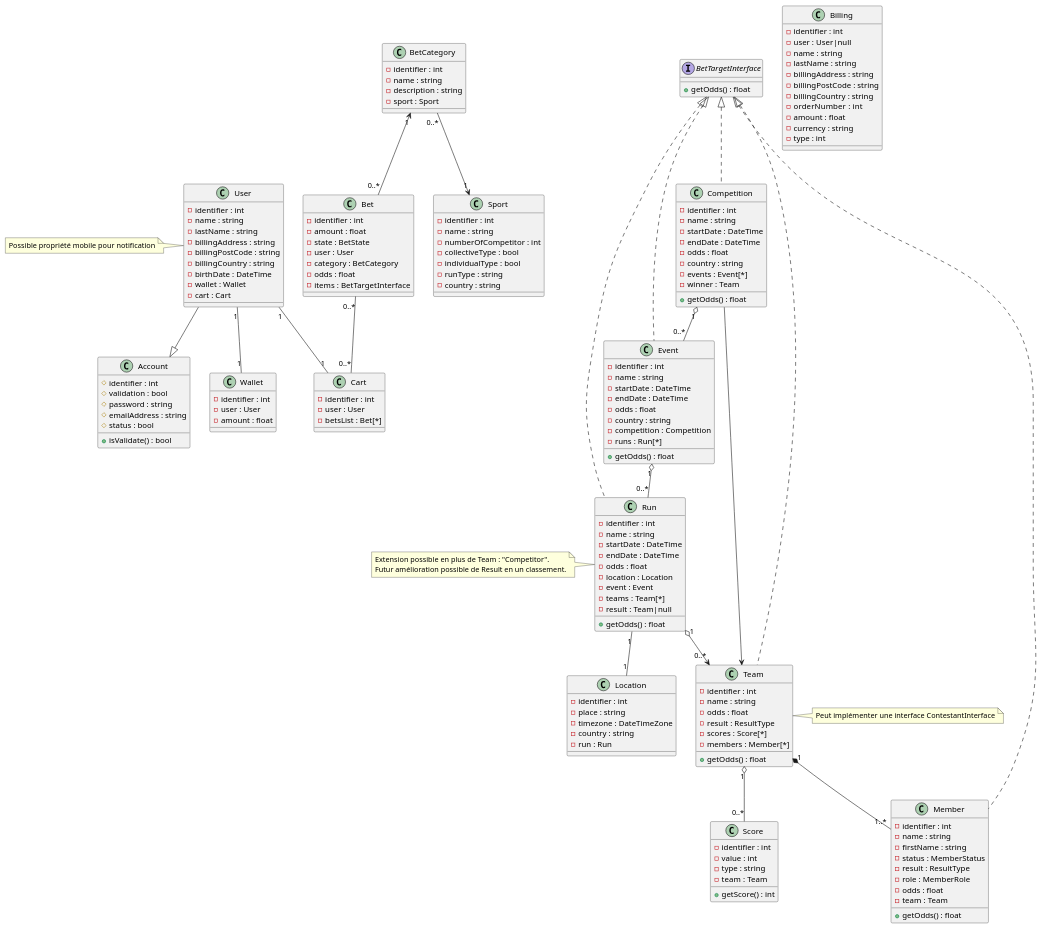
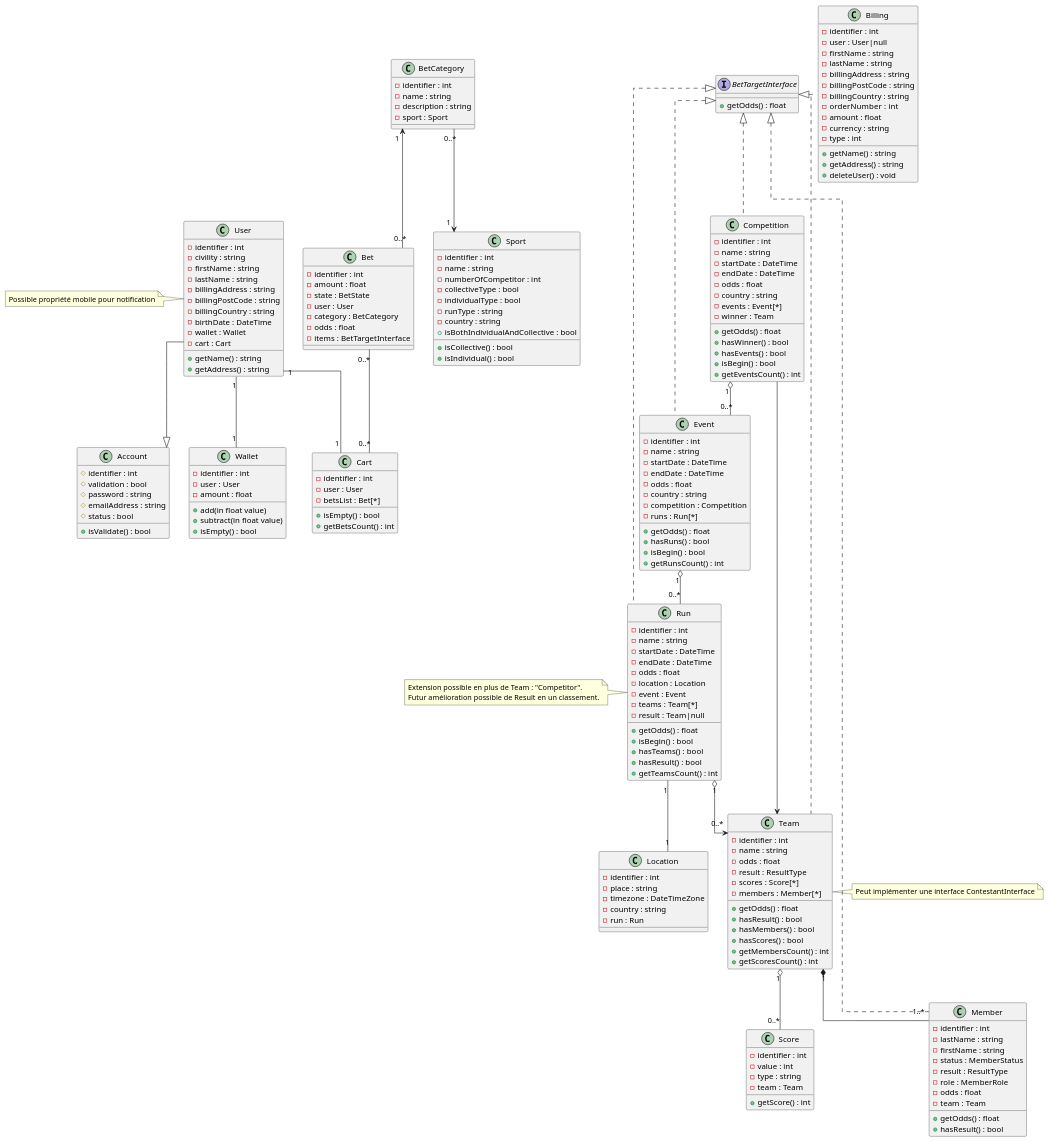
The diagram in Diagramme_de_classe.puml (OFP-CDA-Mulhouse-2020/parisportif5), drawn with PlantUML before and after one commit.

Commit message:
2020-11-12 - #2 - Ajout de méthodes au diagramme de classe

```diff
--- a/Diagramme_de_classe.puml
+++ b/Diagramme_de_classe.puml
@@ -1,5 +1,5 @@
 @startuml parisportif5
-
+skinparam linetype ortho
 'plantuml
 'Relations :
     User --|> Account
@@ -26,12 +26,17 @@
         -identifier : int
         -user : User
         -amount : float
+        +add(in float value)
+        +subtract(in float value)
+        +isEmpty() : bool
     }
     'Panier qui contient les paris sélectionnés
     class Cart {
         -identifier : int
         -user : User
         -betsList : Bet[*]
+        +isEmpty() : bool
+        +getBetsCount() : int
     }
     'interface de généralisation pour les classes autorisé à être parié
     interface BetTargetInterface {
@@ -49,7 +54,8 @@
     'Utilisateur avec un compte
     class User {
         -identifier : int
-        -name : string
+        -civility : string
+        -firstName : string
         -lastName : string
         -billingAddress : string
         -billingPostCode : string
@@ -57,13 +63,15 @@
         -birthDate : DateTime
         -wallet : Wallet
         -cart : Cart
+        +getName() : string
+        +getAddress() : string
     }
     note left : Possible propriété mobile pour notification
     'Factures (type=débit ou crédit)
     class Billing {
         -identifier : int
         -user : User|null
-        -name : string
+        -firstName : string
         -lastName : string
         -billingAddress : string
         -billingPostCode : string
@@ -72,6 +80,9 @@
         -amount : float
         -currency : string
         -type : int
+        +getName() : string
+        +getAddress() : string
+        +deleteUser() : void
     }
     'Un paris
     class Bet {
@@ -107,6 +118,9 @@
         -individualType : bool
         -runType : string
         -country : string
+        +isCollective() : bool
+        +isIndividual() : bool
+        +isBothIndividualAndCollective : bool
     }
     'Compétition (JO, Ligue des Champions, F1 Championnat du monde)
     class Competition {
@@ -119,6 +133,10 @@
         -events : Event[*]
         -winner : Team
         +getOdds() : float
+        +hasWinner() : bool
+        +hasEvents() : bool
+        +isBegin() : bool
+        +getEventsCount() : int
     }
     'Événement de la compétition (poul de qualification, Circuit F1 de france)
     class Event {
@@ -131,6 +149,9 @@
         -competition : Competition
         -runs : Run[*]
         +getOdds() : float
+        +hasRuns() : bool
+        +isBegin() : bool
+        +getRunsCount() : int
     }
     'Classe mère global : Un match, une rencontre, une course
     class Run {
@@ -144,6 +165,10 @@
         -teams : Team[*]
         -result : Team|null
         +getOdds() : float
+        +isBegin() : bool
+        +hasTeams() : bool
+        +hasResult() : bool
+        +getTeamsCount() : int
     }
     note left of Run
     Extension possible en plus de Team : "Competitor".
@@ -160,7 +185,7 @@
     'Joueur ou sportif ou pilote
     class Member {
         -identifier : int
-        -name : string
+        -lastName : string
         -firstName : string
         -status : MemberStatus
         -result : ResultType
@@ -168,6 +193,7 @@
         -odds : float
         -team : Team
         +getOdds() : float
+        +hasResult() : bool
     }
     'Équipes qui participe à une rencontre, à une course
     class Team {
@@ -178,7 +204,11 @@
         -scores : Score[*]
         -members : Member[*]
         +getOdds() : float
+        +hasResult() : bool
+        +hasMembers() : bool
+        +hasScores() : bool
+        +getMembersCount() : int
+        +getScoresCount() : int
     }
     note right: Peut implémenter une interface ContestantInterface
-
 @enduml
```
